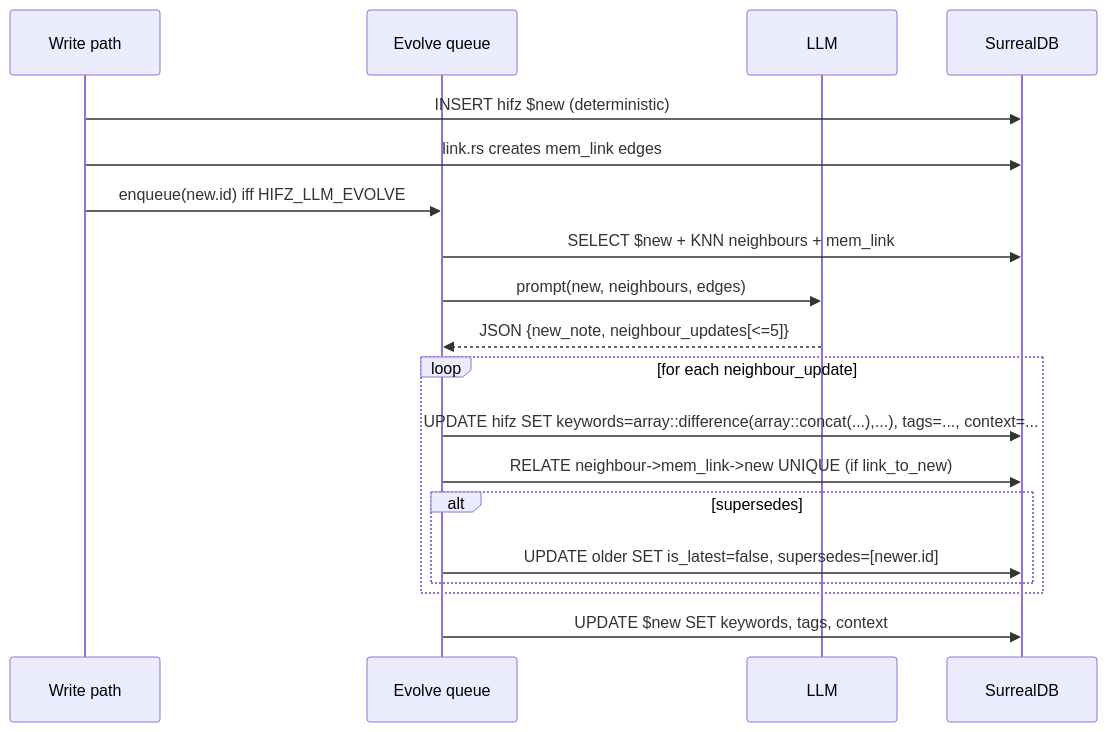
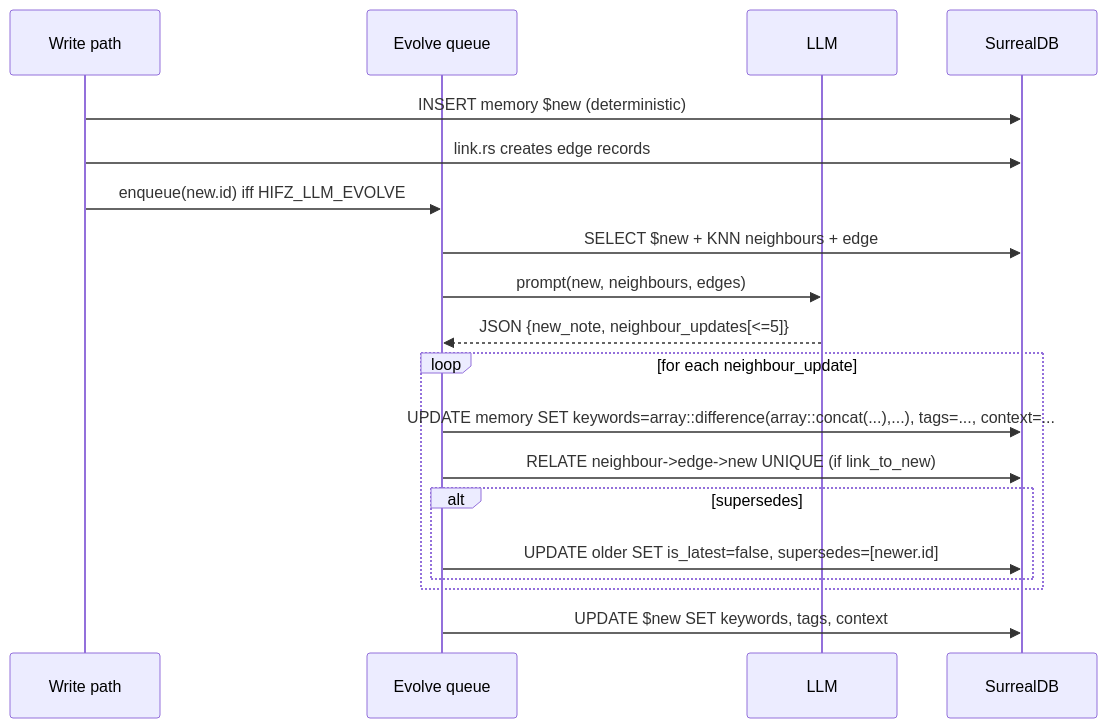
One commit to arriqaaq/hifz changed the fourth of 5 diagrams in docs/architecture/memory.md. Above: the diagram before and after it, drawn with Mermaid. The commit also changed other lines of this file and 23 other files, not shown here.

````diff
--- a/docs/architecture/memory.md
+++ b/docs/architecture/memory.md
@@ -215,22 +223,22 @@
 ```mermaid
 sequenceDiagram
     participant W as Write path
     participant Q as Evolve queue
     participant L as LLM
     participant DB as SurrealDB
 
-    W->>DB: INSERT hifz $new (deterministic)
-    W->>DB: link.rs creates mem_link edges
+    W->>DB: INSERT memory $new (deterministic)
+    W->>DB: link.rs creates edge records
     W->>Q: enqueue(new.id) iff HIFZ_LLM_EVOLVE
-    Q->>DB: SELECT $new + KNN neighbours + mem_link
+    Q->>DB: SELECT $new + KNN neighbours + edge
     Q->>L: prompt(new, neighbours, edges)
     L-->>Q: JSON {new_note, neighbour_updates[<=5]}
     loop for each neighbour_update
-        Q->>DB: UPDATE hifz SET keywords=array::difference(array::concat(...),...), tags=..., context=...
-        Q->>DB: RELATE neighbour->mem_link->new UNIQUE (if link_to_new)
+        Q->>DB: UPDATE memory SET keywords=array::difference(array::concat(...),...), tags=..., context=...
+        Q->>DB: RELATE neighbour->edge->new UNIQUE (if link_to_new)
         alt supersedes
             Q->>DB: UPDATE older SET is_latest=false, supersedes=[newer.id]
         end
     end
     Q->>DB: UPDATE $new SET keywords, tags, context
 ```
````
